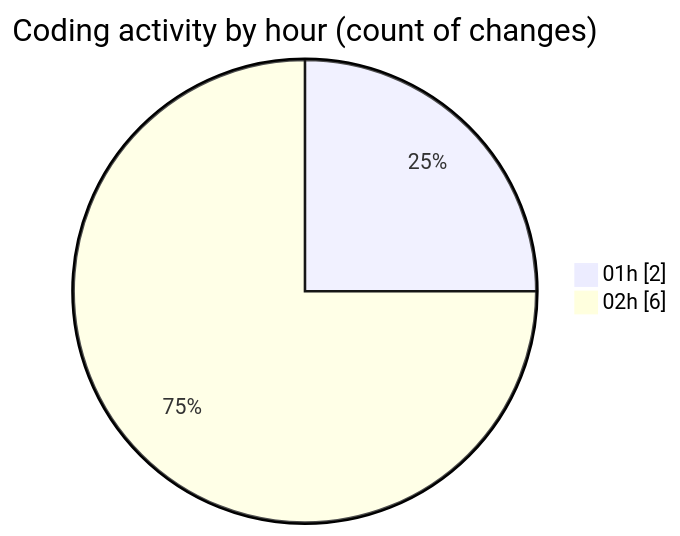
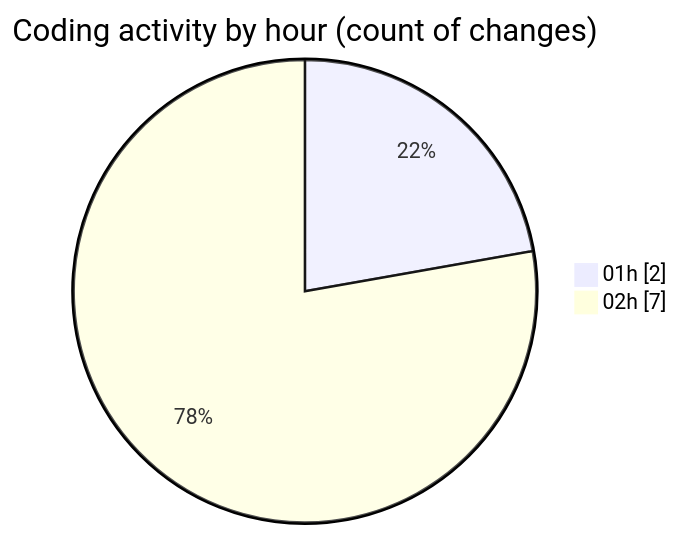
Before and after one commit to lephambinh05/code-tracking: the second of 2 diagrams in 2025-08-11/rentotp/README.md, drawn with Mermaid. The commit also changed other lines of this file and 1 other file, not shown here.

````diff
--- a/2025-08-11/rentotp/README.md
+++ b/2025-08-11/rentotp/README.md
@@ -29,6 +29,6 @@
 ```mermaid
 pie showData
 title Coding activity by hour (count of changes)
 "01h" : 2
-"02h" : 6
+"02h" : 7
 ```
````
